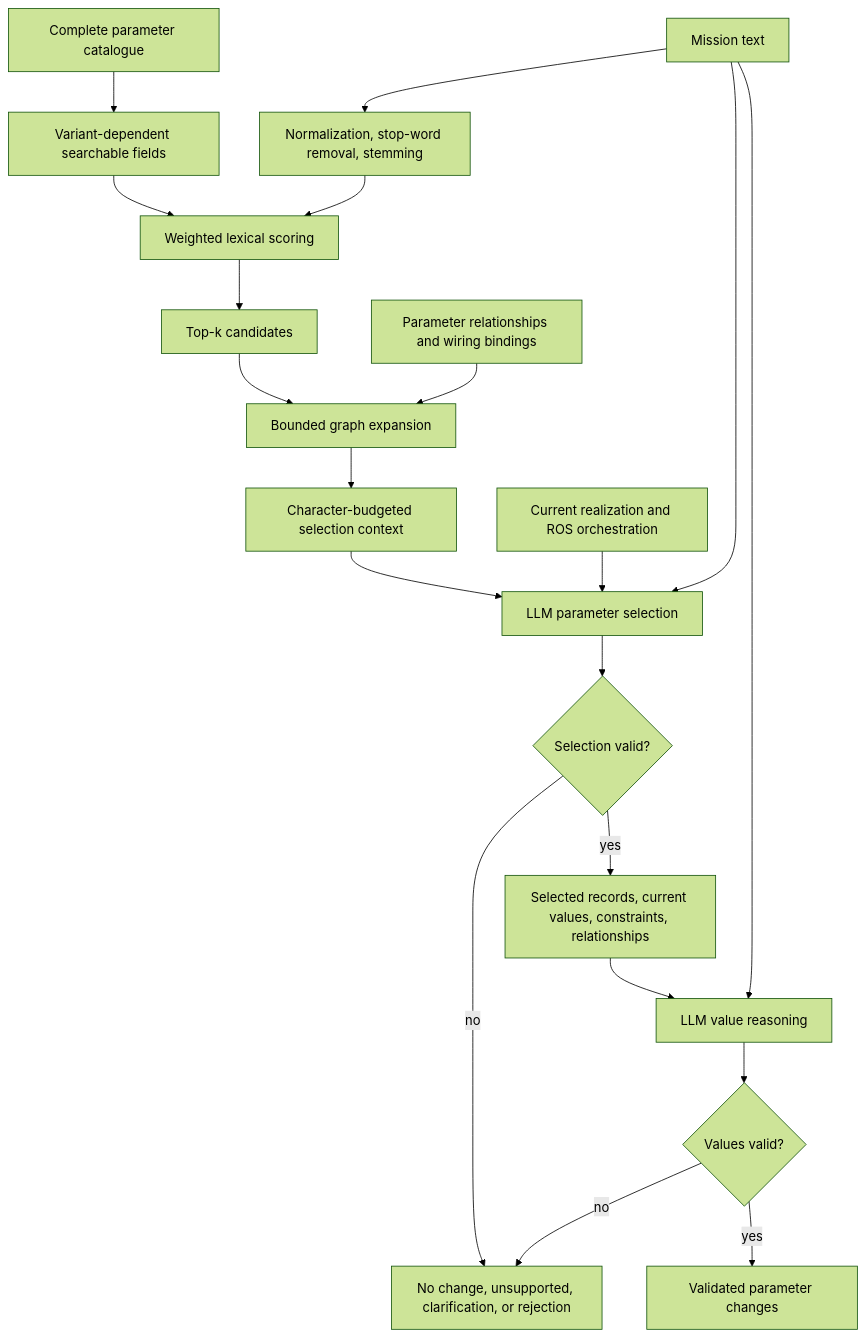
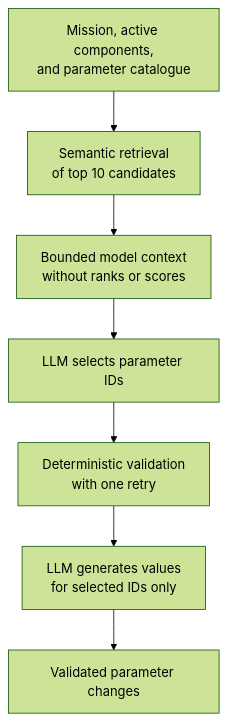
Before and after one commit to AlfredPietraru/dizertatie: the fourth of 6 diagrams in zresearch_report/sections/proposed_solution_diagrams.md, drawn with Mermaid (forest theme). The commit also changed other lines of this file and 13 other files, not shown here.

````diff
--- a/zresearch_report/sections/proposed_solution_diagrams.md
+++ b/zresearch_report/sections/proposed_solution_diagrams.md
@@ -85,23 +46,9 @@
 ```mermaid
 flowchart TD
-    M[Mission text] --> TOK[Normalization, stop-word removal, stemming]
-    CAT[Complete parameter catalogue] --> DOC[Variant-dependent searchable fields]
-    TOK --> SCORE[Weighted lexical scoring]
-    DOC --> SCORE
-    SCORE --> TOP[Top-k candidates]
-    GRAPH[Parameter relationships and wiring bindings] --> EXPAND[Bounded graph expansion]
-    TOP --> EXPAND
-    EXPAND --> CONTEXT[Character-budgeted selection context]
-
-    CONTEXT --> SELECT[LLM parameter selection]
-    M --> SELECT
-    SYSTEM[Current realization and ROS orchestration] --> SELECT
-    SELECT --> SVALID{Selection valid?}
-    SVALID -- no --> TERMINAL[No change, unsupported, clarification, or rejection]
-    SVALID -- yes --> VALUECTX[Selected records, current values, constraints, relationships]
-    VALUECTX --> VALUE[LLM value reasoning]
-    M --> VALUE
-    VALUE --> VVALID{Values valid?}
-    VVALID -- no --> TERMINAL
-    VVALID -- yes --> CHANGES[Validated parameter changes]
+    INPUT[Mission, active components,<br/>and parameter catalogue] --> RET[Semantic retrieval<br/>of top 10 candidates]
+    RET --> CONTEXT[Bounded model context<br/>without ranks or scores]
+    CONTEXT --> SELECT[LLM selects parameter IDs]
+    SELECT --> CHECK[Deterministic validation<br/>with one retry]
+    CHECK --> VALUE[LLM generates values<br/>for selected IDs only]
+    VALUE --> OUT[Validated parameter changes]
 ```
````
